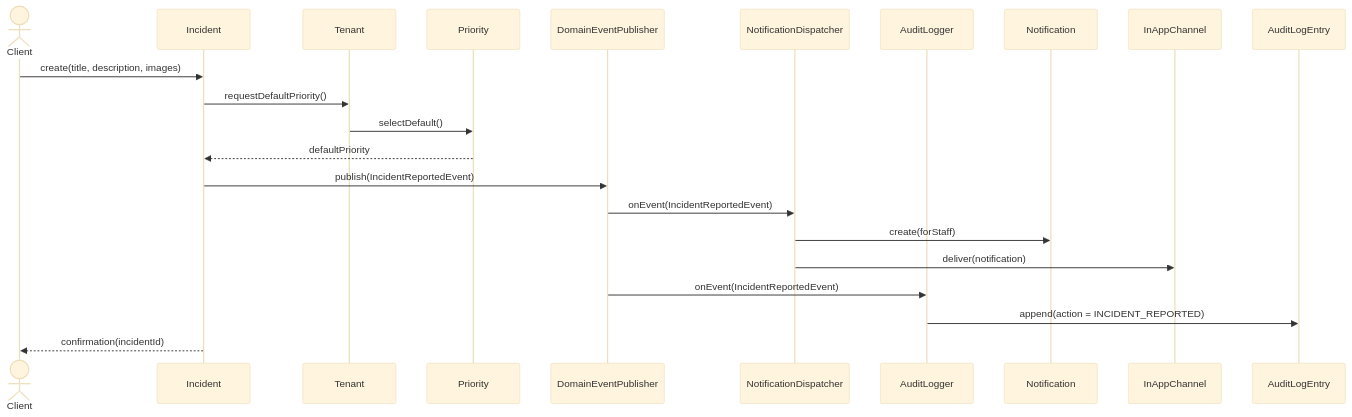
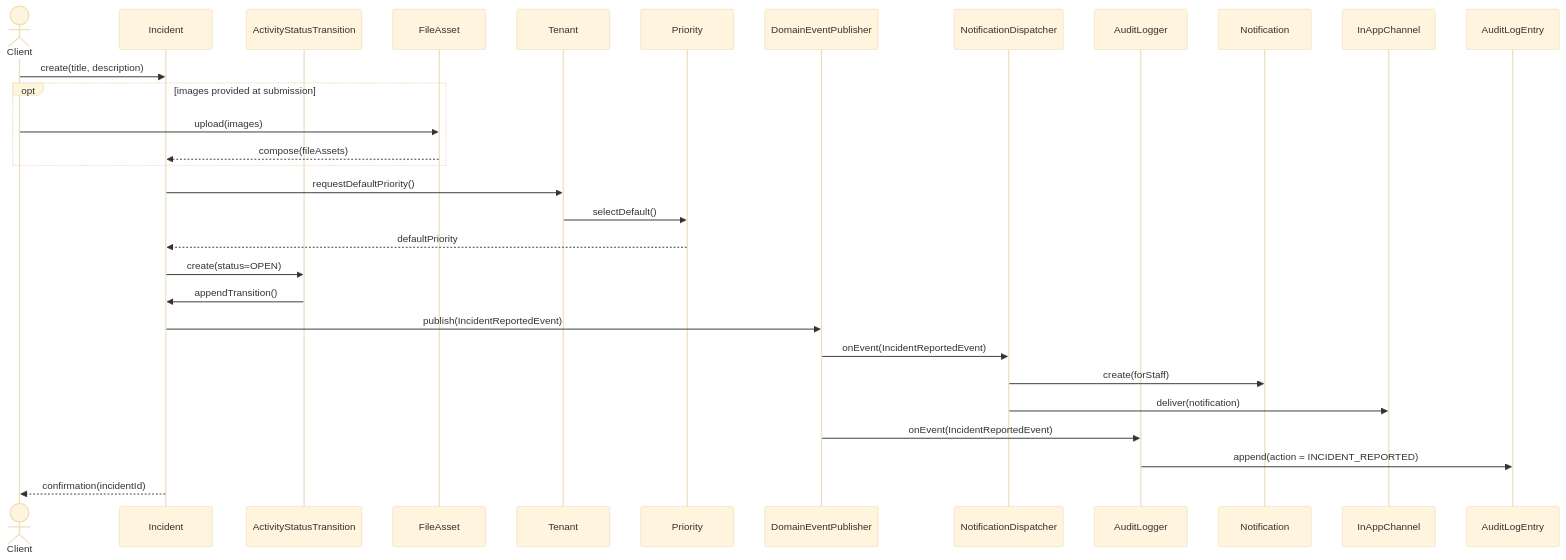
Before and after one commit to mariogarcia79/cmms-platform: the first of 16 diagrams in docs/CMMS-AnalysisWorkflow.md, drawn with Mermaid (base theme). The commit also changed other lines of this file and 1 other file, not shown here.

Commit message:
docs: update requirements and analysis workflow to accommodate the new requirements identified while modeling the domain's class diagram

````diff
--- a/docs/CMMS-AnalysisWorkflow.md
+++ b/docs/CMMS-AnalysisWorkflow.md
@@ -165,22 +174,30 @@
 ```mermaid
 sequenceDiagram
     actor Client
     participant Incident
+    participant AST as ActivityStatusTransition
+    participant FileAsset
     participant Tenant
     participant Priority
     participant Publisher as DomainEventPublisher
     participant Notifier as NotificationDispatcher
     participant Auditor as AuditLogger
 
-    Client->>Incident: create(title, description, images)
+    Client->>Incident: create(title, description)
+    opt images provided at submission
+        Client->>FileAsset: upload(images)
+        FileAsset-->>Incident: compose(fileAssets)
+    end
     Incident->>Tenant: requestDefaultPriority()
     Tenant->>Priority: selectDefault()
     Priority-->>Incident: defaultPriority
+    Incident->>AST: create(status=OPEN)
+    AST->>Incident: appendTransition()
     Incident->>Publisher: publish(IncidentReportedEvent)
     Publisher->>Notifier: onEvent(IncidentReportedEvent)
     Notifier->>Notification: create(forStaff)
     Notifier->>InAppChannel: deliver(notification)
     Publisher->>Auditor: onEvent(IncidentReportedEvent)
     Auditor->>AuditLogEntry: append(action = INCIDENT_REPORTED)
     Incident-->>Client: confirmation(incidentId)
 ```
````
